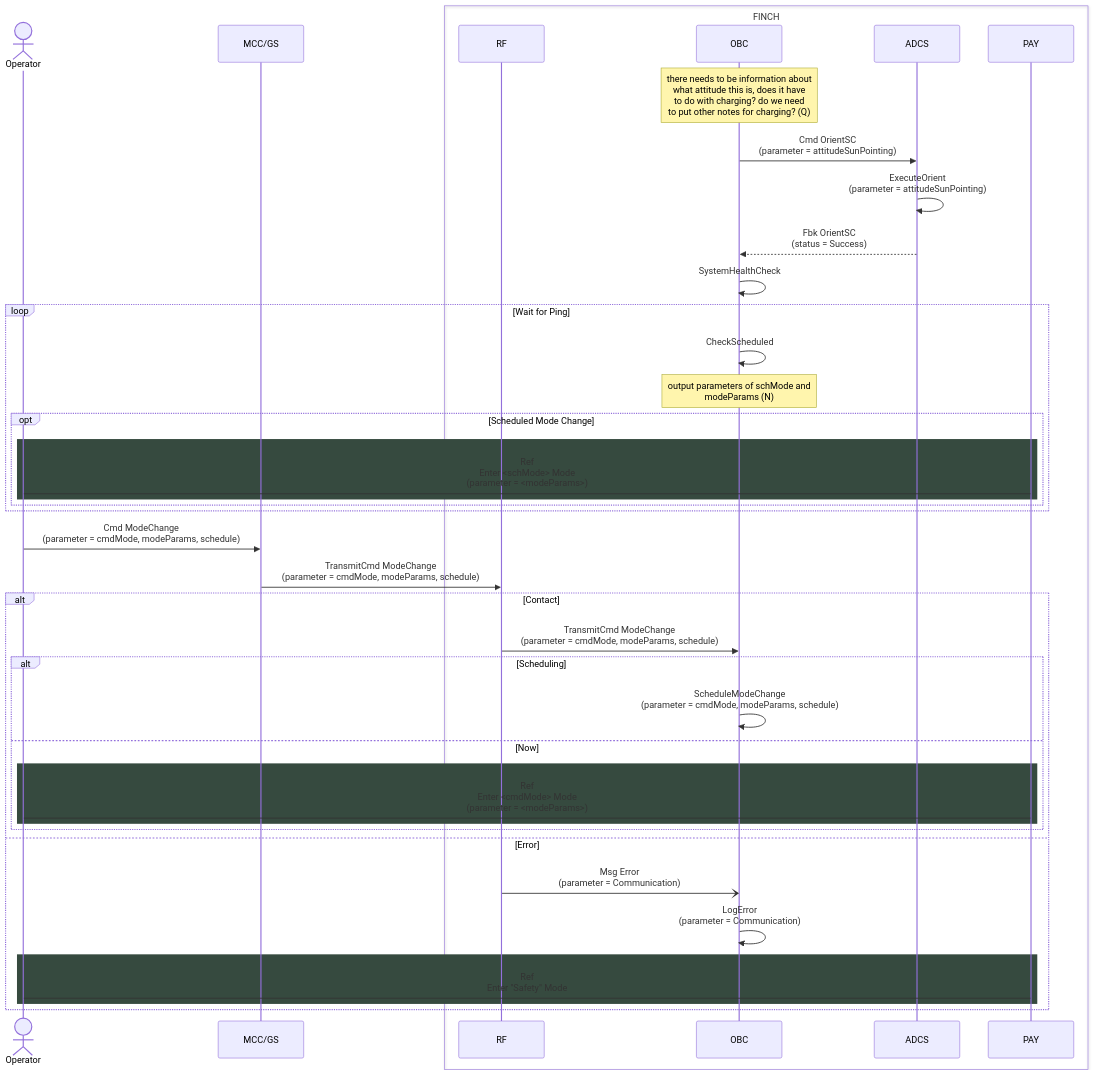
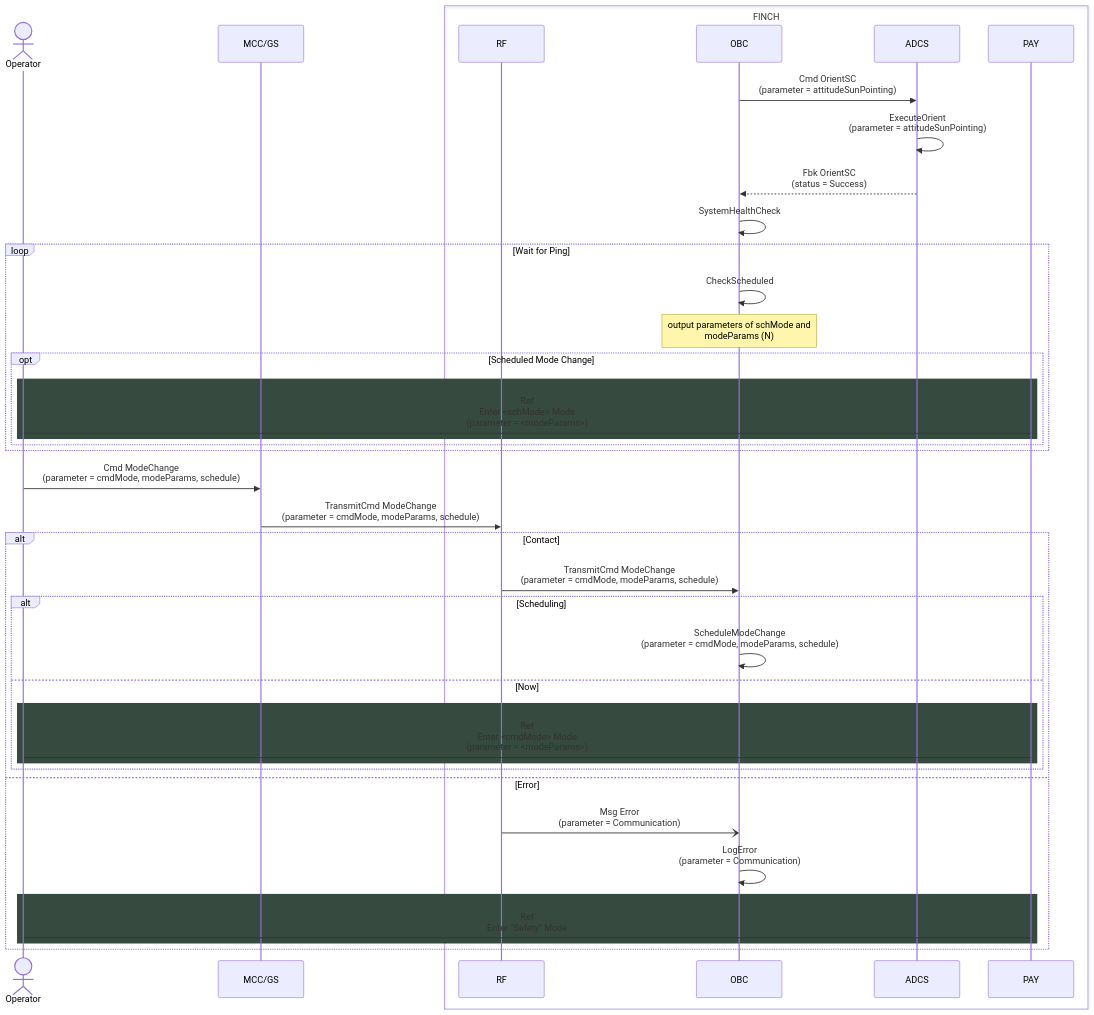
Before and after one commit to Addy-lit/FINCH-system-architecture: the diagram in command sequences/idle-command.md, drawn with Mermaid.

````diff
--- a/command sequences/idle-command.md
+++ b/command sequences/idle-command.md
@@ -2,47 +2,46 @@
 ```mermaid
 sequenceDiagram
     actor Operator
     participant MCC/GS
     box FINCH
         participant RF
         participant OBC 
         participant ADCS
         participant PAY
     end
 
-    note over OBC: there needs to be information about <br> what attitude this is, does it have <br> to do with charging? do we need <br> to put other notes for charging? (Q)
     OBC ->> ADCS: Cmd OrientSC <br> (parameter = attitudeSunPointing)
     ADCS ->> ADCS: ExecuteOrient <br> (parameter = attitudeSunPointing)
     ADCS -->> OBC: Fbk OrientSC <br> (status = Success)
     OBC ->> OBC: SystemHealthCheck
 
     loop Wait for Ping
         OBC ->> OBC: CheckScheduled
         note over OBC: output parameters of schMode and <br> modeParams (N)
         opt Scheduled Mode Change
             rect rgb(54,74,63)
               	Operator -> PAY: Ref <br/> Enter <schMode> Mode <br> (parameter = <modeParams>)
             end
         end
     end
 
     Operator ->> MCC/GS: Cmd ModeChange <br> (parameter = cmdMode, modeParams, schedule)
     MCC/GS ->> RF: TransmitCmd ModeChange <br> (parameter = cmdMode, modeParams, schedule)
     alt Contact
         RF ->> OBC: TransmitCmd ModeChange <br> (parameter = cmdMode, modeParams, schedule)
         alt Scheduling
             OBC ->> OBC: ScheduleModeChange <br> (parameter = cmdMode, modeParams, schedule)
         else Now
             rect rgb(54,74,63)
                 Operator -> PAY: Ref <br/> Enter <cmdMode> Mode <br> (parameter = <modeParams>)
             end
         end
     else Error
         RF -) OBC: Msg Error <br> (parameter = Communication)
         OBC ->> OBC: LogError <br> (parameter = Communication)
         rect rgb(54,74,63)
             Operator -> PAY: Ref <br/> Enter "Safety" Mode
         end
     end
 
 ```
````
